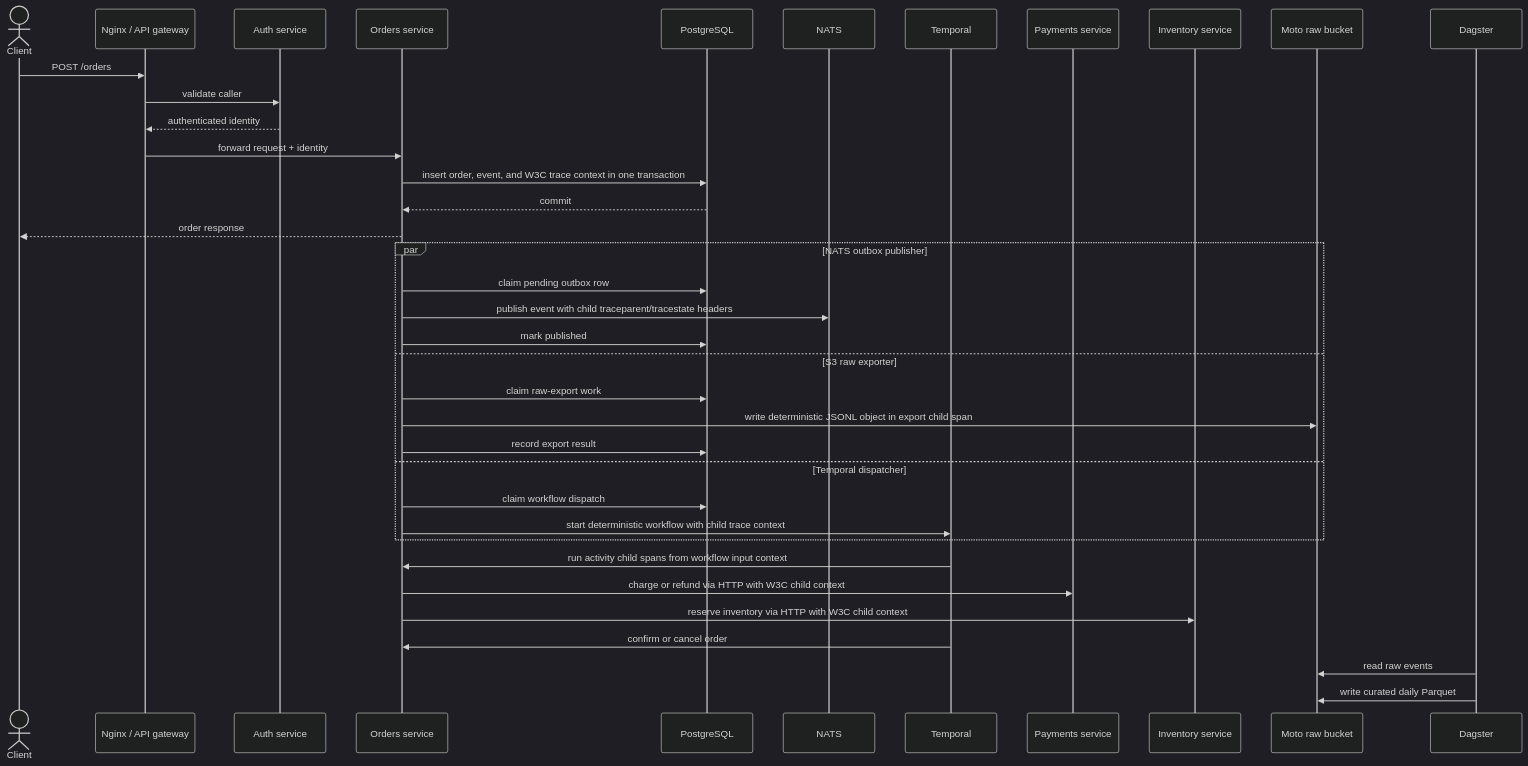
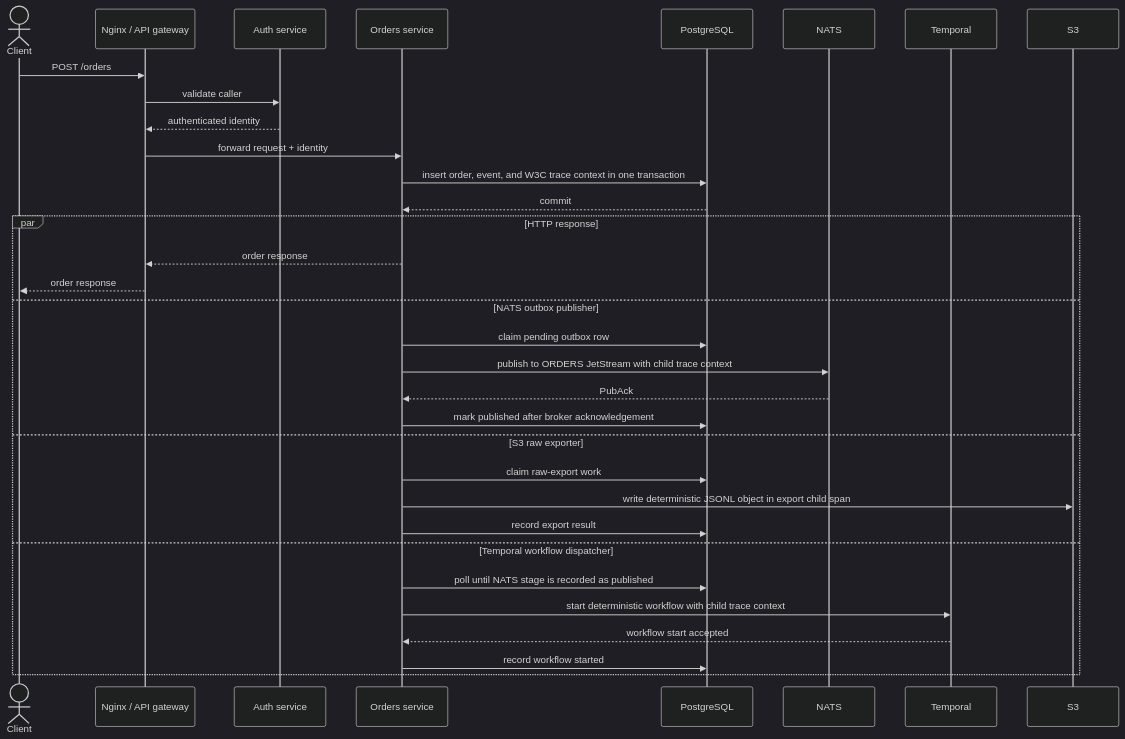
One commit to funnyMans/Node.js_Boilerplate changed the second of 4 diagrams in docs/diagrams.md. Above: the diagram before and after it, drawn with Mermaid (dark theme). The commit also changed other lines of this file and 73 other files, not shown here.

````diff
--- a/docs/diagrams.md
+++ b/docs/diagrams.md
@@ -78,42 +85,36 @@
 ```mermaid
 sequenceDiagram
   actor Client
   participant Edge as Nginx / API gateway
   participant Auth as Auth service
   participant Orders as Orders service
   participant DB as PostgreSQL
   participant NATS
   participant Temporal
-  participant Pay as Payments service
-  participant Inv as Inventory service
-  participant S3 as Moto raw bucket
-  participant Dagster
 
   Client->>Edge: POST /orders
   Edge->>Auth: validate caller
   Auth-->>Edge: authenticated identity
   Edge->>Orders: forward request + identity
   Orders->>DB: insert order, event, and W3C trace context in one transaction
   DB-->>Orders: commit
-  Orders-->>Client: order response
 
-  par NATS outbox publisher
+  par HTTP response
+    Orders-->>Edge: order response
+    Edge-->>Client: order response
+  and NATS outbox publisher
     Orders->>DB: claim pending outbox row
-    Orders->>NATS: publish event with child traceparent/tracestate headers
-    Orders->>DB: mark published
+    Orders->>NATS: publish to ORDERS JetStream with child trace context
+    NATS-->>Orders: PubAck
+    Orders->>DB: mark published after broker acknowledgement
   and S3 raw exporter
     Orders->>DB: claim raw-export work
     Orders->>S3: write deterministic JSONL object in export child span
     Orders->>DB: record export result
-  and Temporal dispatcher
-    Orders->>DB: claim workflow dispatch
+  and Temporal workflow dispatcher
+    Orders->>DB: poll until NATS stage is recorded as published
     Orders->>Temporal: start deterministic workflow with child trace context
+    Temporal-->>Orders: workflow start accepted
+    Orders->>DB: record workflow started
   end
-
-  Temporal->>Orders: run activity child spans from workflow input context
-  Orders->>Pay: charge or refund via HTTP with W3C child context
-  Orders->>Inv: reserve inventory via HTTP with W3C child context
-  Temporal->>Orders: confirm or cancel order
-  Dagster->>S3: read raw events
-  Dagster->>S3: write curated daily Parquet
 ```
````
